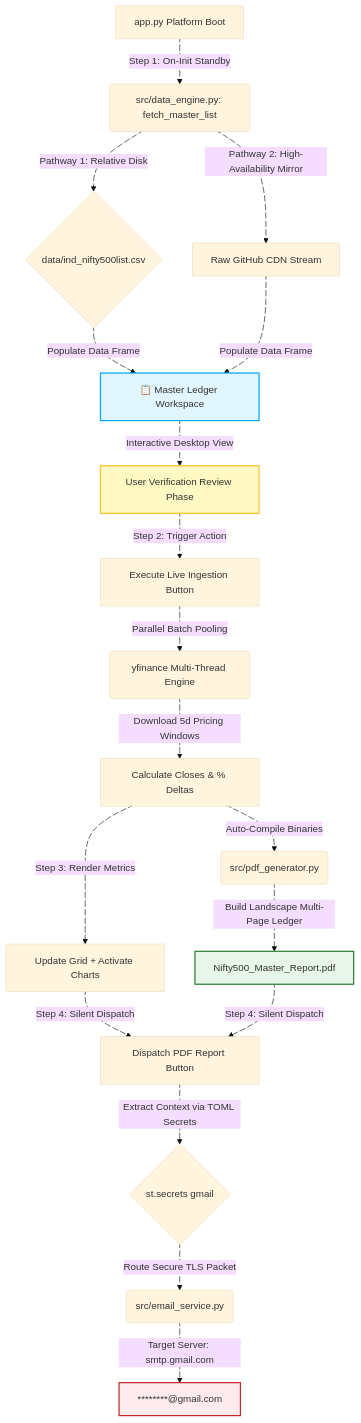
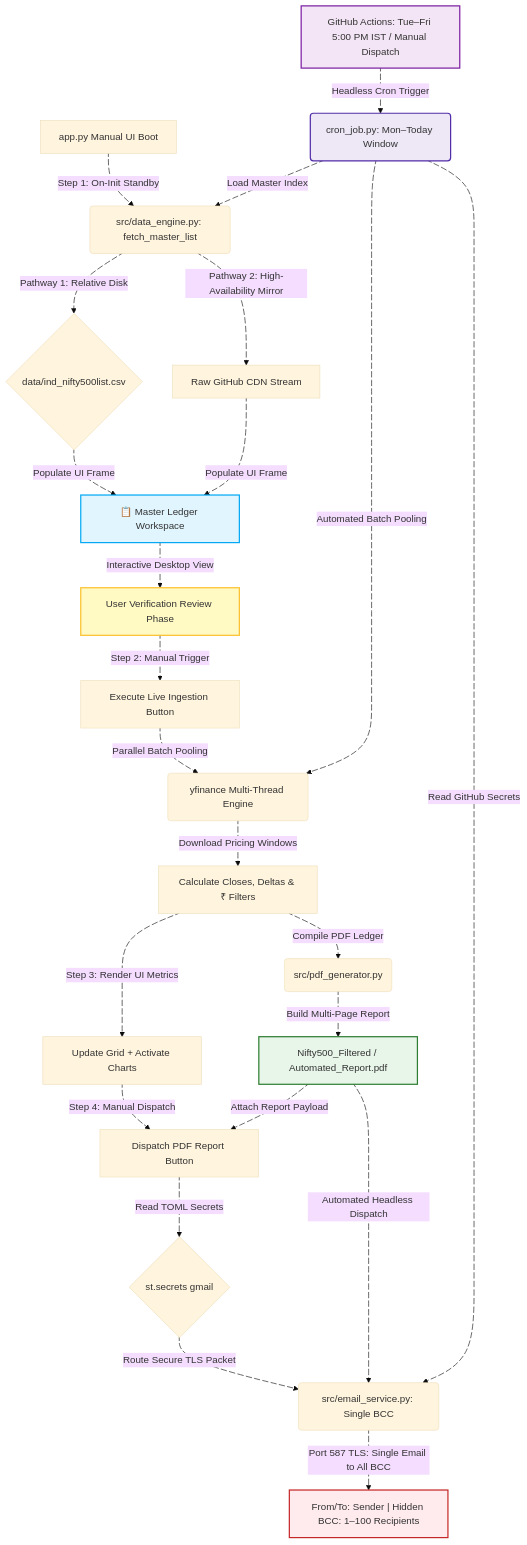
One commit to SRINIVASTA/nifty500-tracker changed the diagram in README.md. Above: the diagram before and after it, drawn with Mermaid (base theme). The commit also changed other lines of this file, not shown here.

````diff
--- a/README.md
+++ b/README.md
@@ -34,54 +36,68 @@
 ```mermaid
 flowchart TD
-    %% Base Infrastructure Load
-    A[app.py Platform Boot] e1@-->|Step 1: On-Init Standby| B(src/data_engine.py: fetch_master_list)
+    %% Dual Entry Modes: Manual UI vs. Automated Scheduled Pipeline
+    A[app.py Manual UI Boot] e1@-->|Step 1: On-Init Standby| B(src/data_engine.py: fetch_master_list)
+    AUTO[GitHub Actions: Tue–Fri 5:00 PM IST / Manual Dispatch] e18@-->|Headless Cron Trigger| CRON(cron_job.py: Mon–Today Window)
+    CRON e19@-->|Load Master Index| B
+
+    %% Master List Data Sources
     B e2@-->|Pathway 1: Relative Disk| C{data/ind_nifty500list.csv}
     B e3@-->|Pathway 2: High-Availability Mirror| D[Raw GitHub CDN Stream]
     
-    %% Desktop Interface Rendering
-    C e4@-->|Populate Data Frame| E[📋 Master Ledger Workspace]
-    D e5@-->|Populate Data Frame| E
+    %% Manual Desktop Interface Rendering
+    C e4@-->|Populate UI Frame| E[📋 Master Ledger Workspace]
+    D e5@-->|Populate UI Frame| E
     E e6@-->|Interactive Desktop View| F[User Verification Review Phase]
     
-    %% Live Processing Ingestion Execution
-    F e7@-->|Step 2: Trigger Action| G[Execute Live Ingestion Button]
+    %% Live Processing Ingestion Execution (Both Modes)
+    F e7@-->|Step 2: Manual Trigger| G[Execute Live Ingestion Button]
     G e8@-->|Parallel Batch Pooling| H(yfinance Multi-Thread Engine)
-    H e9@-->|Download 5d Pricing Windows| I[Calculate Closes & % Deltas]
+    CRON e20@-->|Automated Batch Pooling| H
+    H e9@-->|Download Pricing Windows| I[Calculate Closes, Deltas & ₹ Filters]
     
     %% Downstream Document Output
-    I e10@-->|Step 3: Render Metrics| J[Update Grid + Activate Charts]
-    I e11@-->|Auto-Compile Binaries| K(src/pdf_generator.py)
-    K e12@-->|Build Landscape Multi-Page Ledger| L[Nifty500_Master_Report.pdf]
+    I e10@-->|Step 3: Render UI Metrics| J[Update Grid + Activate Charts]
+    I e11@-->|Compile PDF Ledger| K(src/pdf_generator.py)
+    K e12@-->|Build Multi-Page Report| L[Nifty500_Filtered / Automated_Report.pdf]
     
-    %% Secure Transmission Route
-    J e13@-->|Step 4: Silent Dispatch| M[Dispatch PDF Report Button]
-    L e14@-->|Step 4: Silent Dispatch| M
-    M e15@-->|Extract Context via TOML Secrets| N{st.secrets gmail}
-    N e16@-->|Route Secure TLS Packet| O(src/email_service.py)
-    O e17@-->|Target Server: smtp.gmail.com| P["********@gmail.com"]
+    %% Secure Single-Dispatch BCC Transmission Route
+    J e13@-->|Step 4: Manual Dispatch| M[Dispatch PDF Report Button]
+    L e14@-->|Attach Report Payload| M
+    L e21@-->|Automated Headless Dispatch| O(src/email_service.py: Single BCC)
+    M e15@-->|Read TOML Secrets| N{st.secrets gmail}
+    N e16@-->|Route Secure TLS Packet| O
+    CRON e22@-->|Read GitHub Secrets| O
+    O e17@-->|Port 587 TLS: Single Email to All BCC| P["From/To: Sender | Hidden BCC: 1–100 Recipients"]
 
     %% Running Flow Animation Definitions
     e1@{ animate: true }
     e2@{ animate: true }
     e3@{ animate: true }
     e4@{ animate: true }
     e5@{ animate: true }
     e6@{ animate: true }
     e7@{ animate: true }
     e8@{ animate: true }
     e9@{ animate: true }
     e10@{ animate: true }
     e11@{ animate: true }
     e12@{ animate: true }
     e13@{ animate: true }
     e14@{ animate: true }
     e15@{ animate: true }
     e16@{ animate: true }
     e17@{ animate: true }
+    e18@{ animate: true }
+    e19@{ animate: true }
+    e20@{ animate: true }
+    e21@{ animate: true }
+    e22@{ animate: true }
 
     %% Class Styling for Clean UI Nodes
+    style AUTO fill:#f3e5f5,stroke:#7b1fa2,stroke-width:2px;
+    style CRON fill:#ede7f6,stroke:#512da8,stroke-width:2px;
     style E fill:#e1f5fe,stroke:#03a9f4,stroke-width:2px;
     style F fill:#fff9c4,stroke:#fbc02d,stroke-width:2px;
     style L fill:#e8f5e9,stroke:#2e7d32,stroke-width:2px;
     style P fill:#ffebee,stroke:#c62828,stroke-width:2px;
 ```
````
